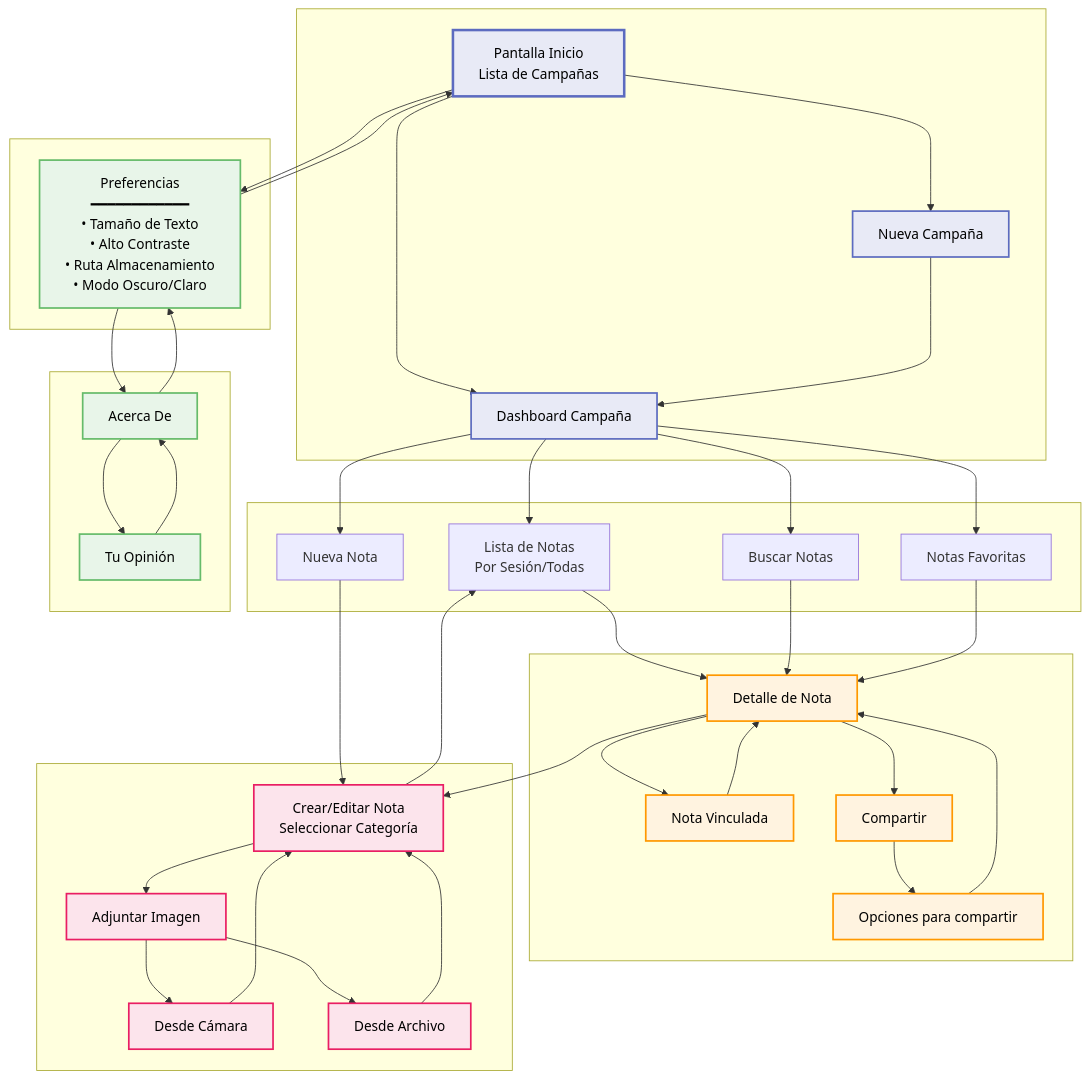
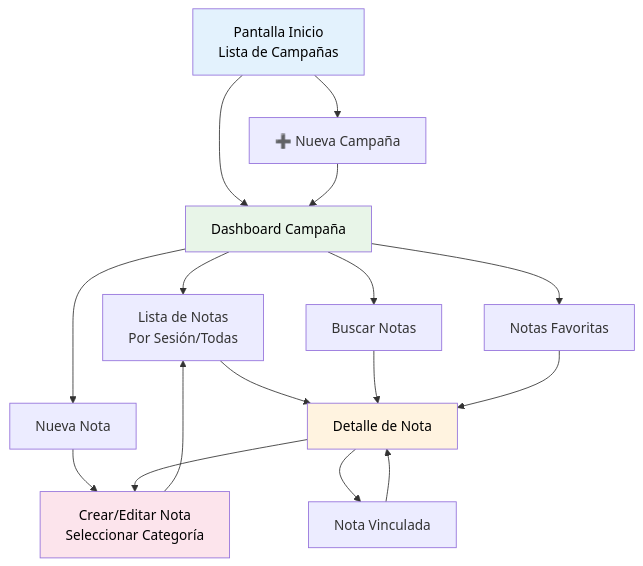
The diagram in README.md (TheMob009/DnD-Notes-Companion), drawn with Mermaid before and after one commit. The commit also changed other lines of this file, not shown here.

````diff
--- a/README.md
+++ b/README.md
@@ -37,89 +34,29 @@
 ```mermaid
 graph TB
-    subgraph Principal[" "]
-        A[Pantalla Inicio<br/>Lista de Campañas]
-        B[Nueva Campaña]
-        C[Dashboard Campaña]
-    end
+    A[Pantalla Inicio<br/>Lista de Campañas] --> B[➕ Nueva Campaña]
+    A --> C[Dashboard Campaña]
     
-    subgraph Notas[" "]
-        D[Lista de Notas<br/>Por Sesión/Todas]
-        E[Buscar Notas]
-        F[Notas Favoritas]
-        G[Nueva Nota]
-    end
-    
-    subgraph Detalle[" "]
-        H[Detalle de Nota]
-        J[Nota Vinculada]
-        SHARE[Compartir]
-        OPTS[Opciones para compartir]
-    end
-    
-    subgraph Edicion[" "]
-        I[Crear/Editar Nota<br/>Seleccionar Categoría]
-        IMG[Adjuntar Imagen]
-        CAM[Desde Cámara]
-        FILE[Desde Archivo]
-    end
-    
-    subgraph Config[" "]
-        PREF["Preferencias<br/>━━━━━━━━━━━━<br/>• Tamaño de Texto<br/>• Alto Contraste<br/>• Ruta Almacenamiento<br/>• Modo Oscuro/Claro"]
-    end
-    
-    subgraph Info[" "]
-        ABOUT[Acerca De]
-        RATE[Tu Opinión]
-    end
-    
-    A --> B
-    A --> C
-    A --> PREF
     B --> C
     
-    C --> D
-    C --> E
-    C --> F
-    C --> G
+    C --> D[Lista de Notas<br/>Por Sesión/Todas]
+    C --> E[Buscar Notas]
+    C --> F[Notas Favoritas]
+    C --> G[Nueva Nota]
     
-    D --> H
+    D --> H[Detalle de Nota]
     E --> H
     F --> H
-    G --> I
+    
+    G --> I[Crear/Editar Nota<br/>Seleccionar Categoría]
     
     H --> I
-    H --> J
-    H --> SHARE
+    H --> J[Nota Vinculada]
+    
+    I --> D
     J --> H
-    SHARE --> OPTS
-    OPTS --> H
     
-    I --> IMG
-    I --> D
-    IMG --> CAM
-    IMG --> FILE
-    CAM --> I
-    FILE --> I
-    
-    PREF --> ABOUT
-    
-    ABOUT --> RATE
-    ABOUT --> PREF
-    RATE --> ABOUT
-    PREF --> A
-    
-    style A fill:#e8eaf6,stroke:#5c6bc0,stroke-width:3px,color:#000
-    style C fill:#e8eaf6,stroke:#5c6bc0,stroke-width:2px,color:#000
-    style B fill:#e8eaf6,stroke:#5c6bc0,stroke-width:2px,color:#000
-    style H fill:#fff3e0,stroke:#ff9800,stroke-width:2px,color:#000
-    style J fill:#fff3e0,stroke:#ff9800,stroke-width:2px,color:#000
-    style SHARE fill:#fff3e0,stroke:#ff9800,stroke-width:2px,color:#000
-    style OPTS fill:#fff3e0,stroke:#ff9800,stroke-width:2px,color:#000
-    style I fill:#fce4ec,stroke:#e91e63,stroke-width:2px,color:#000
-    style IMG fill:#fce4ec,stroke:#e91e63,stroke-width:2px,color:#000
-    style CAM fill:#fce4ec,stroke:#e91e63,stroke-width:2px,color:#000
-    style FILE fill:#fce4ec,stroke:#e91e63,stroke-width:2px,color:#000
-    style PREF fill:#e8f5e9,stroke:#66bb6a,stroke-width:2px,color:#000
-    style ABOUT fill:#e8f5e9,stroke:#66bb6a,stroke-width:2px,color:#000
-    style RATE fill:#e8f5e9,stroke:#66bb6a,stroke-width:2px,color:#000
+    style A fill:#e3f2fd,color:#000
+    style C fill:#e8f5e8,color:#000
+    style H fill:#fff3e0,color:#000
+    style I fill:#fce4ec,color:#000
 ```
````
